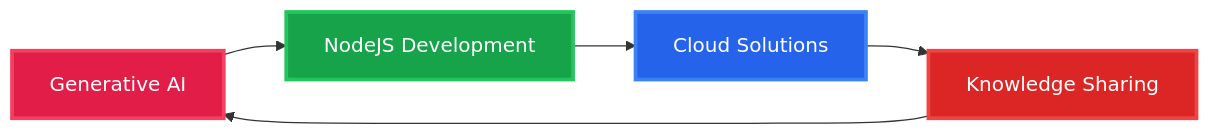
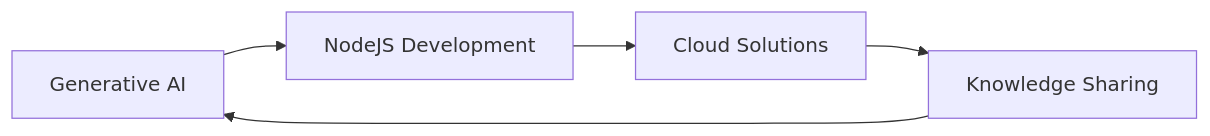
Before and after one commit to difftheog/difftheog: the diagram in README.md, drawn with Mermaid. The commit also changed other lines of this file, not shown here.

````diff
--- a/README.md
+++ b/README.md
@@ -88,12 +88,7 @@
 ```mermaid
 graph LR
     A[Generative AI] --> B[NodeJS Development]
     B --> C[Cloud Solutions]
     C --> D[Knowledge Sharing]
     D --> A
-    
-    style A fill:#e11d48,stroke:#f43f5e,stroke-width:3px,color:#ffffff
-    style B fill:#16a34a,stroke:#22c55e,stroke-width:3px,color:#ffffff
-    style C fill:#2563eb,stroke:#3b82f6,stroke-width:3px,color:#ffffff
-    style D fill:#dc2626,stroke:#ef4444,stroke-width:3px,color:#ffffff
 ```
````
